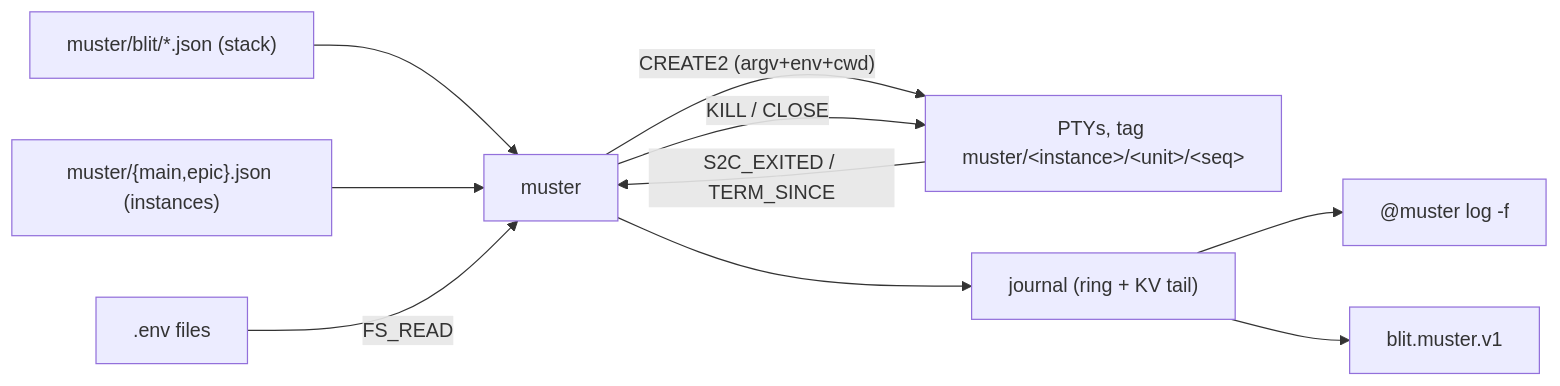
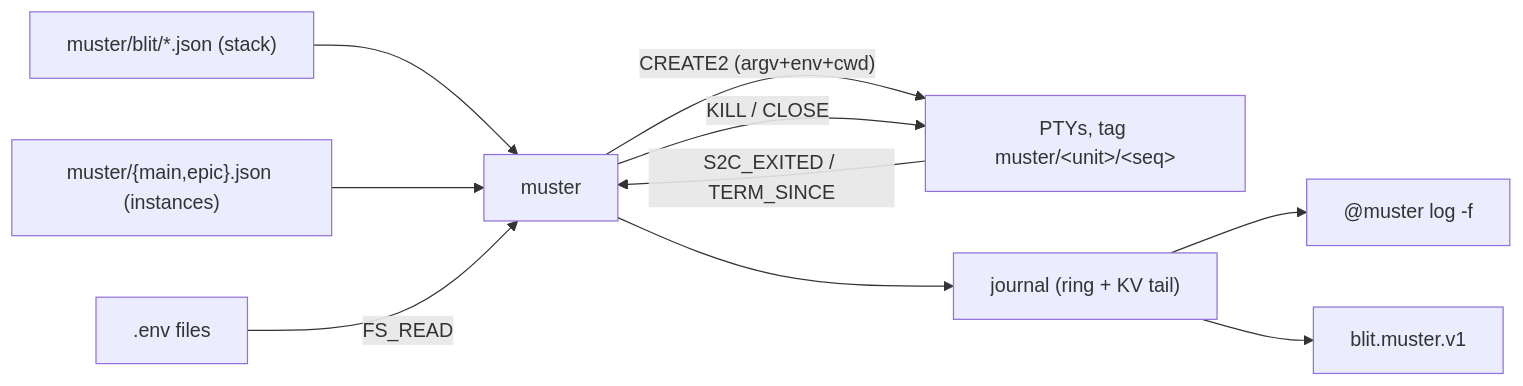
One commit to indent-com/blit changed the diagram in docs/design/muster.md. Above: the diagram before and after it, drawn with Mermaid. The commit also changed other lines of this file, not shown here.

First line of the commit message:
One tag layout, stated once

````diff
--- a/docs/design/muster.md
+++ b/docs/design/muster.md
@@ -21,12 +21,12 @@
 ```mermaid
 flowchart LR
   S["muster/blit/*.json (stack)"] --> M[muster]
   I["muster/{main,epic}.json (instances)"] --> M
   E[".env files"] -->|FS_READ| M
-  M -->|"CREATE2 (argv+env+cwd)"| P["PTYs, tag muster/&lt;instance&gt;/&lt;unit&gt;/&lt;seq&gt;"]
+  M -->|"CREATE2 (argv+env+cwd)"| P["PTYs, tag muster/&lt;unit&gt;/&lt;seq&gt;"]
   M -->|KILL / CLOSE| P
   P -->|S2C_EXITED / TERM_SINCE| M
   M --> J["journal (ring + KV tail)"]
   J --> C["@muster log -f"]
   J --> B["blit.muster.v1"]
 ```
````
